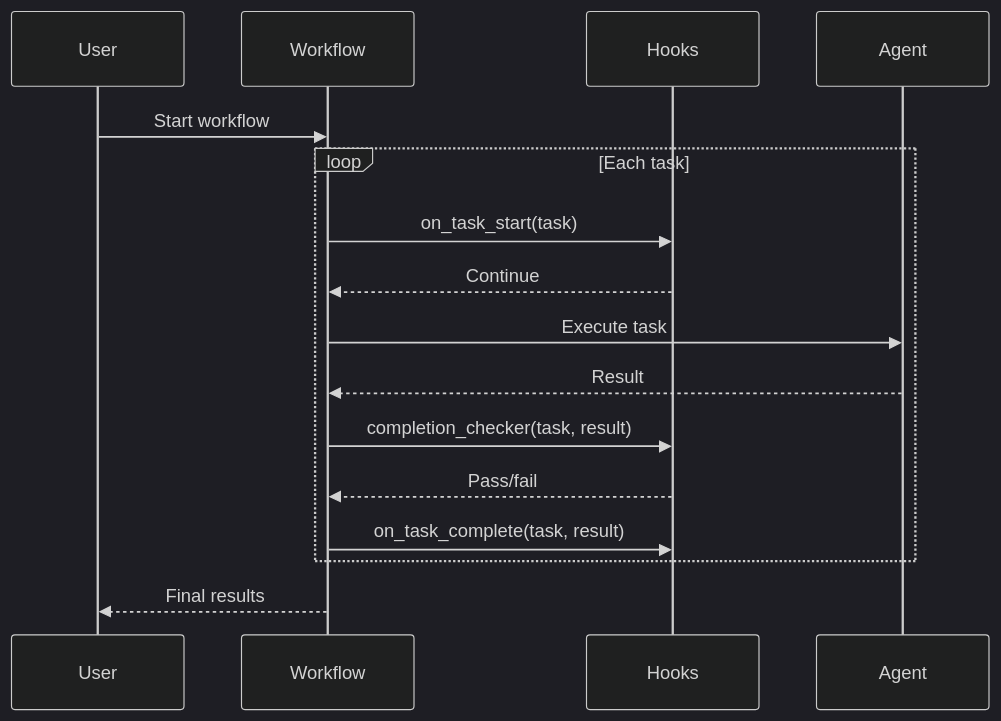
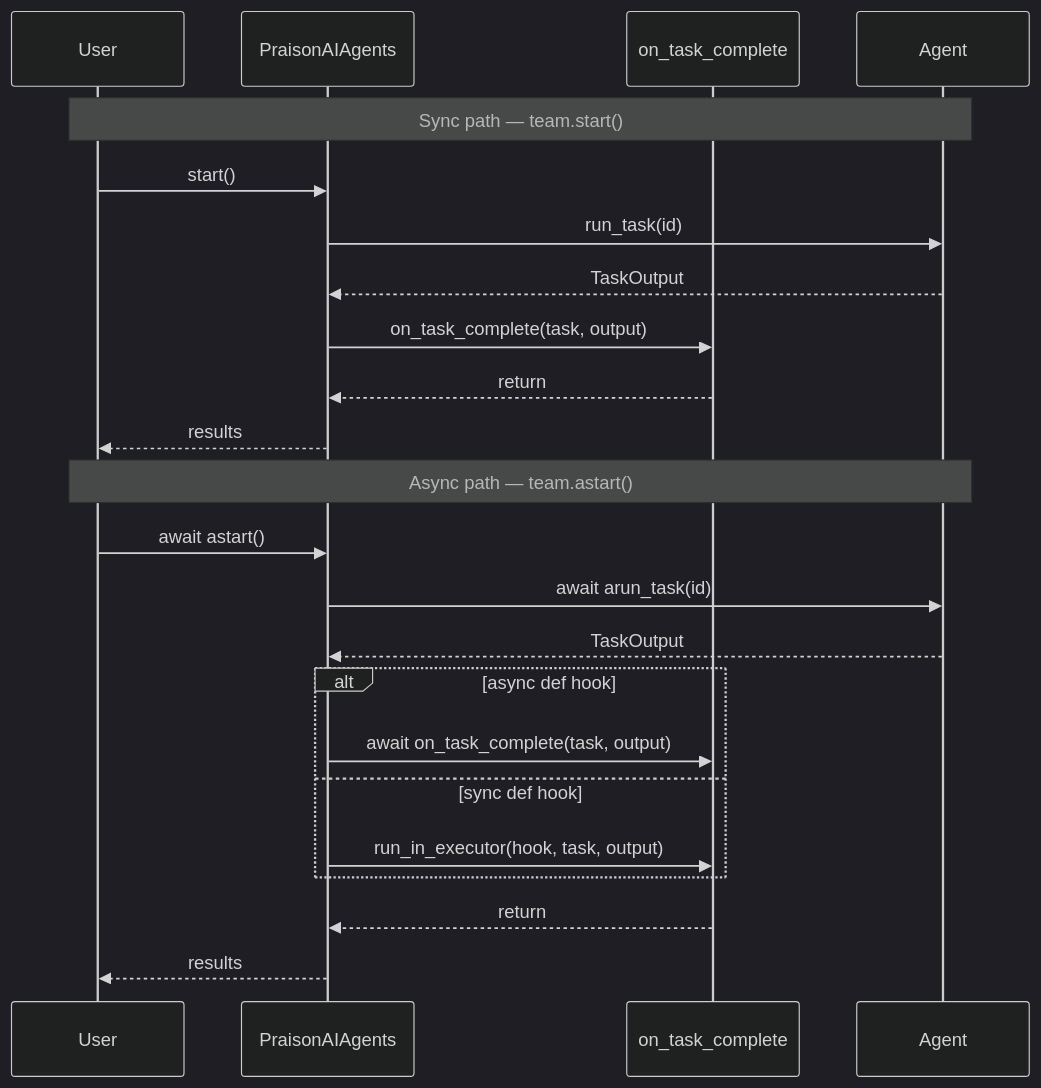
One commit to MervinPraison/PraisonAIDocs changed the second of 2 diagrams in docs/features/multi-agent-hooks.mdx. Above: the diagram before and after it, drawn with Mermaid (dark theme). The commit also changed other lines of this file and 1 other file, not shown here.

Commit message:
docs: document async-aware multi-agent lifecycle hooks + variables propagation (fixes #2175)

````diff
--- a/docs/features/multi-agent-hooks.mdx
+++ b/docs/features/multi-agent-hooks.mdx
@@ -136,19 +170,27 @@
 ```mermaid
 sequenceDiagram
     participant User
-    participant Workflow
-    participant Hooks
+    participant Team as PraisonAIAgents
+    participant Hook as on_task_complete
     participant Agent
 
-    User->>Workflow: Start workflow
-    loop Each task
-        Workflow->>Hooks: on_task_start(task)
-        Hooks-->>Workflow: Continue
-        Workflow->>Agent: Execute task
-        Agent-->>Workflow: Result
-        Workflow->>Hooks: completion_checker(task, result)
-        Hooks-->>Workflow: Pass/fail
-        Workflow->>Hooks: on_task_complete(task, result)
+    Note over User,Agent: Sync path — team.start()
+    User->>Team: start()
+    Team->>Agent: run_task(id)
+    Agent-->>Team: TaskOutput
+    Team->>Hook: on_task_complete(task, output)
+    Hook-->>Team: return
+    Team-->>User: results
+
+    Note over User,Agent: Async path — team.astart()
+    User->>Team: await astart()
+    Team->>Agent: await arun_task(id)
+    Agent-->>Team: TaskOutput
+    alt async def hook
+        Team->>Hook: await on_task_complete(task, output)
+    else sync def hook
+        Team->>Hook: run_in_executor(hook, task, output)
     end
-    Workflow-->>User: Final results
+    Hook-->>Team: return
+    Team-->>User: results
 ```
````
